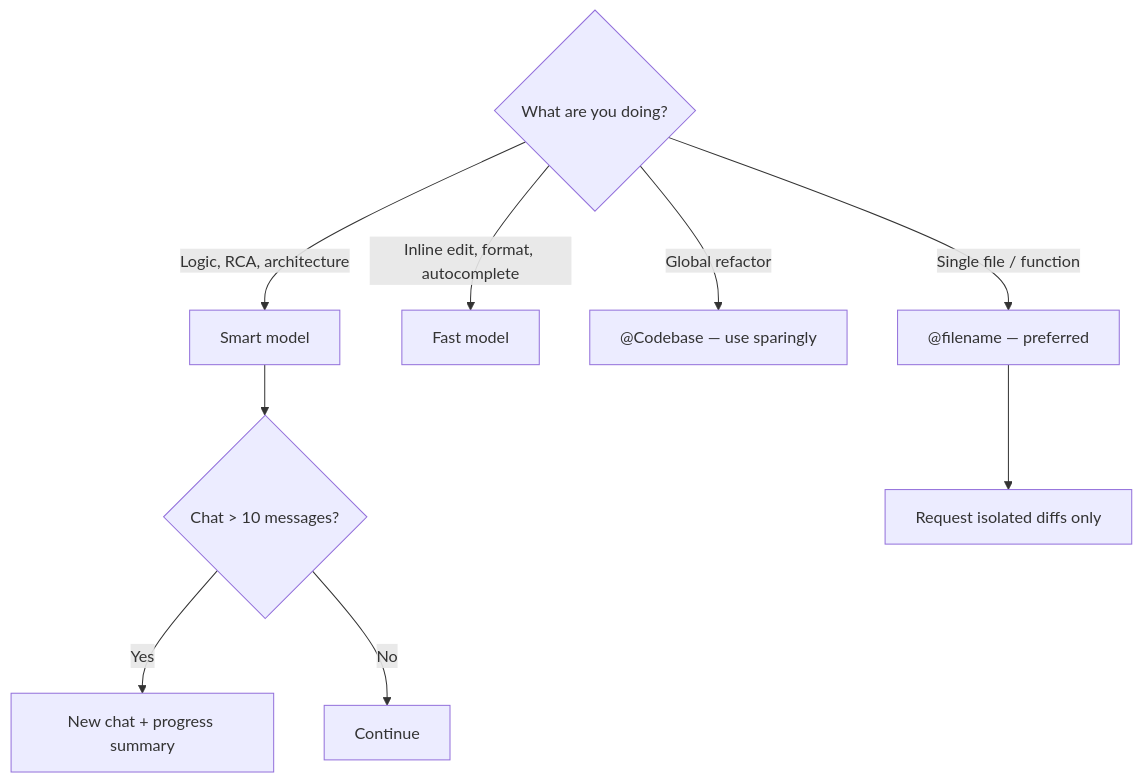
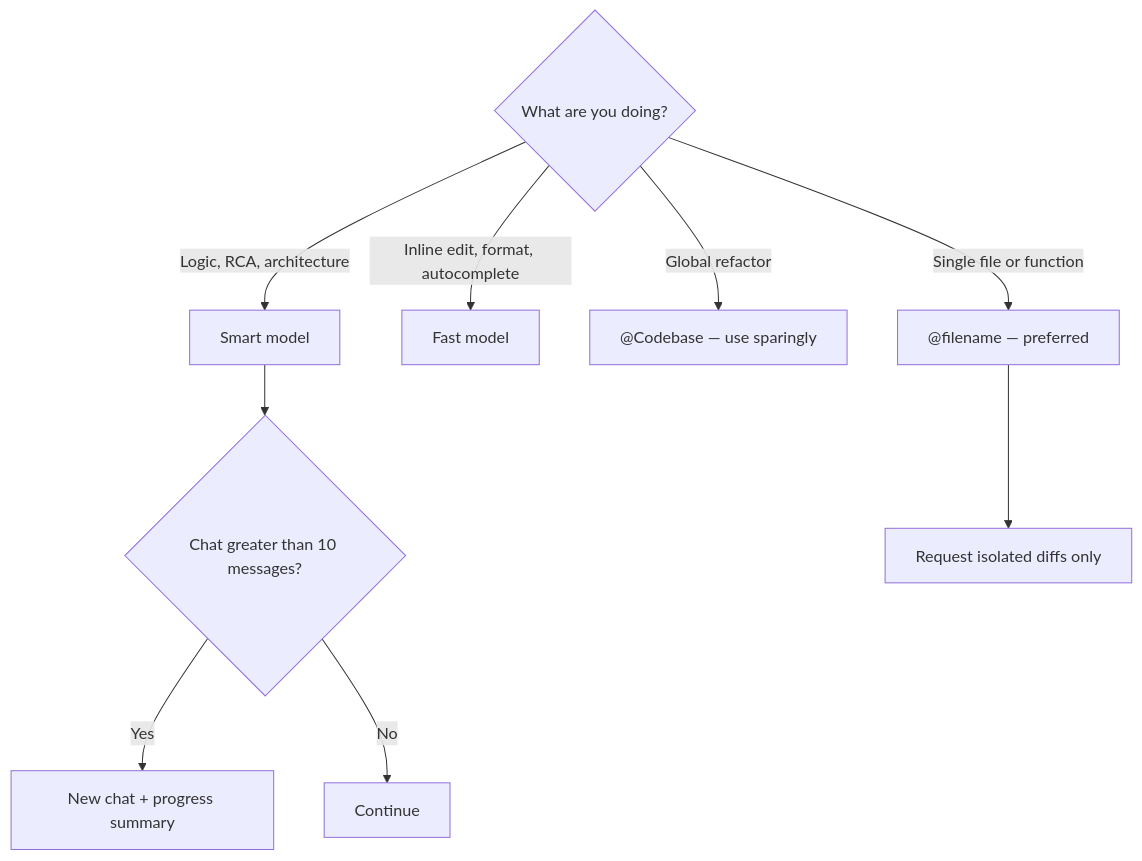
The sixth of 6 diagrams in README.md (hashem-cruncher/cursor-playbook), drawn with Mermaid before and after one commit. The commit also changed other lines of this file, not shown here.

Commit message:
docs: refine README with enhanced formatting, improved section descriptions, and clearer project initialization flow for better usability

````diff
--- a/README.md
+++ b/README.md
@@ -234,15 +263,15 @@
 ```mermaid
 flowchart TD
-    TASK{What are you doing?}
+    TASK{"What are you doing?"}
 
-    TASK -->|Logic, RCA, architecture| SMART[Smart model]
-    TASK -->|Inline edit, format, autocomplete| FAST[Fast model]
-    TASK -->|Global refactor| CODEBASE["@Codebase — use sparingly"]
-    TASK -->|Single file / function| AT["@filename — preferred"]
+    TASK -->|"Logic, RCA, architecture"| SMART["Smart model"]
+    TASK -->|"Inline edit, format, autocomplete"| FAST["Fast model"]
+    TASK -->|"Global refactor"| CODEBASE["@Codebase — use sparingly"]
+    TASK -->|"Single file or function"| AT["@filename — preferred"]
 
-    SMART --> PRUNE{Chat > 10 messages?}
-    PRUNE -->|Yes| NEWCHAT[New chat + progress summary]
-    PRUNE -->|No| CONTINUE[Continue]
+    SMART --> PRUNE{"Chat greater than 10 messages?"}
+    PRUNE -->|"Yes"| NEWCHAT["New chat + progress summary"]
+    PRUNE -->|"No"| CONTINUE["Continue"]
 
     AT --> ISOLATE["Request isolated diffs only"]
 ```
````
